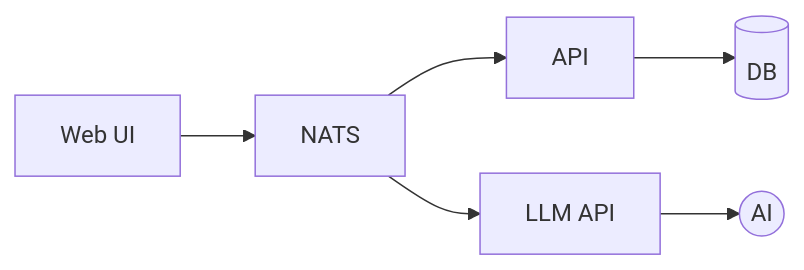
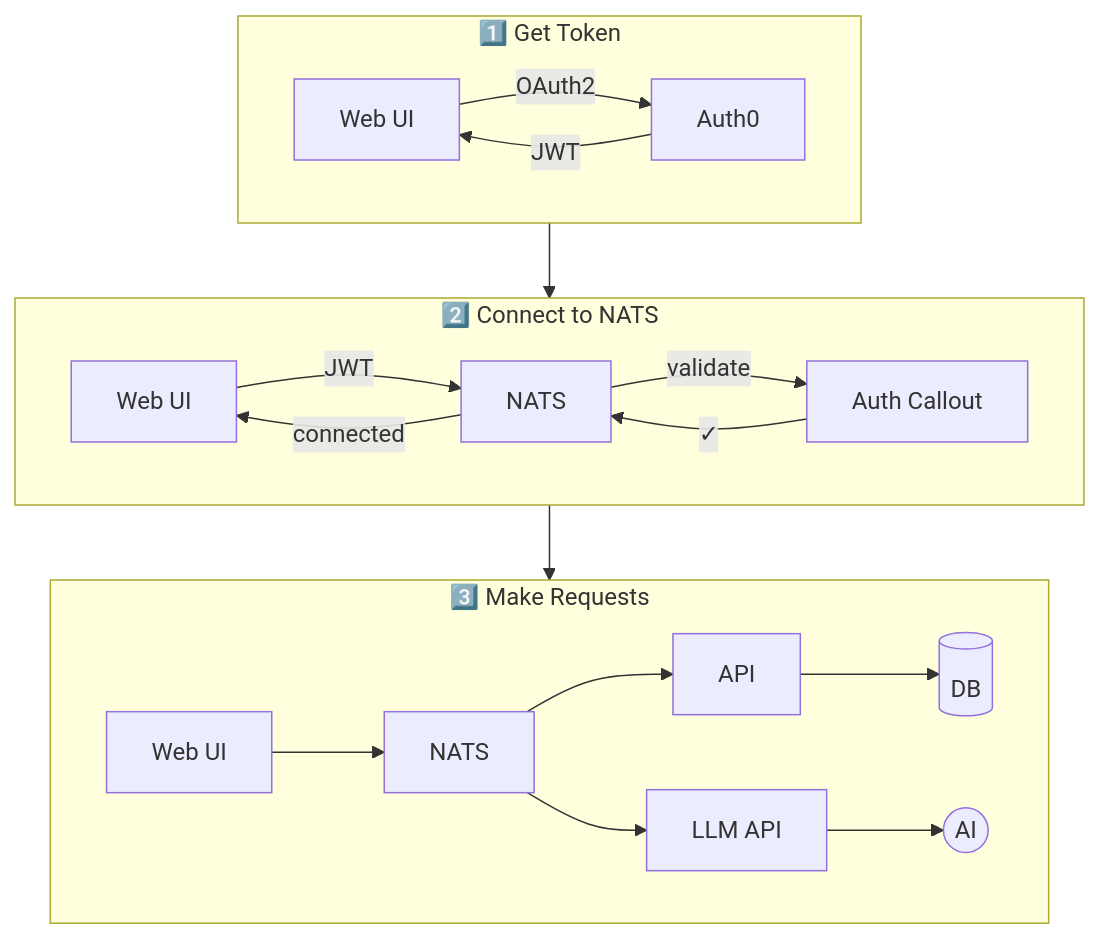
One commit to Lixpi/lixpi changed the second of 8 diagrams in README.md. Above: the diagram before and after it, drawn with Mermaid. The commit also changed other lines of this file, not shown here.

Commit message:
Readme improvements

````diff
--- a/README.md
+++ b/README.md
@@ -209,6 +189,22 @@
 ```mermaid
-flowchart LR
-    A["Web UI"] --> B["NATS"]
-    B --> C["API"] --> D[(DB)]
-    B --> E["LLM API"] --> F(("AI"))
+flowchart TB
+    subgraph Step1["1️⃣ Get Token"]
+        A["Web UI"] -->|OAuth2| B["Auth0"]
+        B -->|JWT| A
+    end
+    
+    subgraph Step2["2️⃣ Connect to NATS"]
+        C["Web UI"] -->|JWT| D["NATS"]
+        D -->|validate| E["Auth Callout"]
+        E -->|✓| D
+        D -->|connected| C
+    end
+    
+    subgraph Step3["3️⃣ Make Requests"]
+        F["Web UI"] --> G["NATS"]
+        G --> H["API"] --> I[(DB)]
+        G --> J["LLM API"] --> K(("AI"))
+    end
+    
+    Step1 --> Step2 --> Step3
 ```
````
